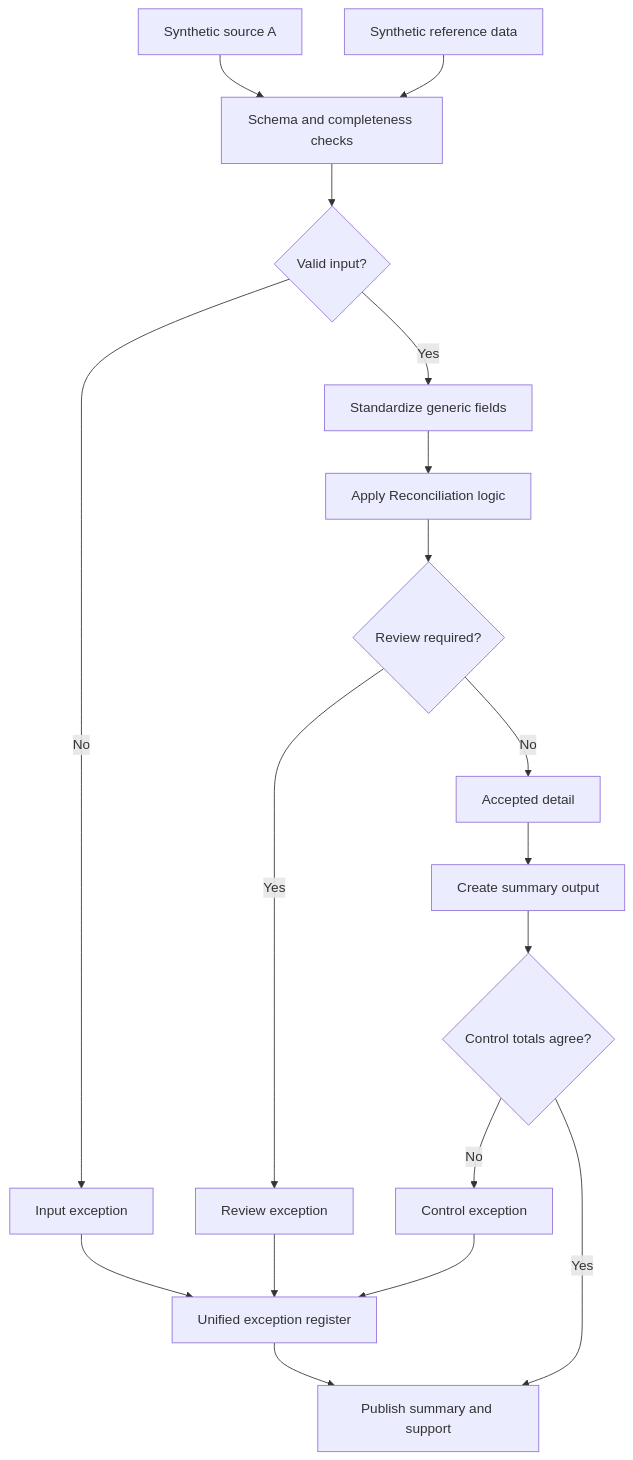
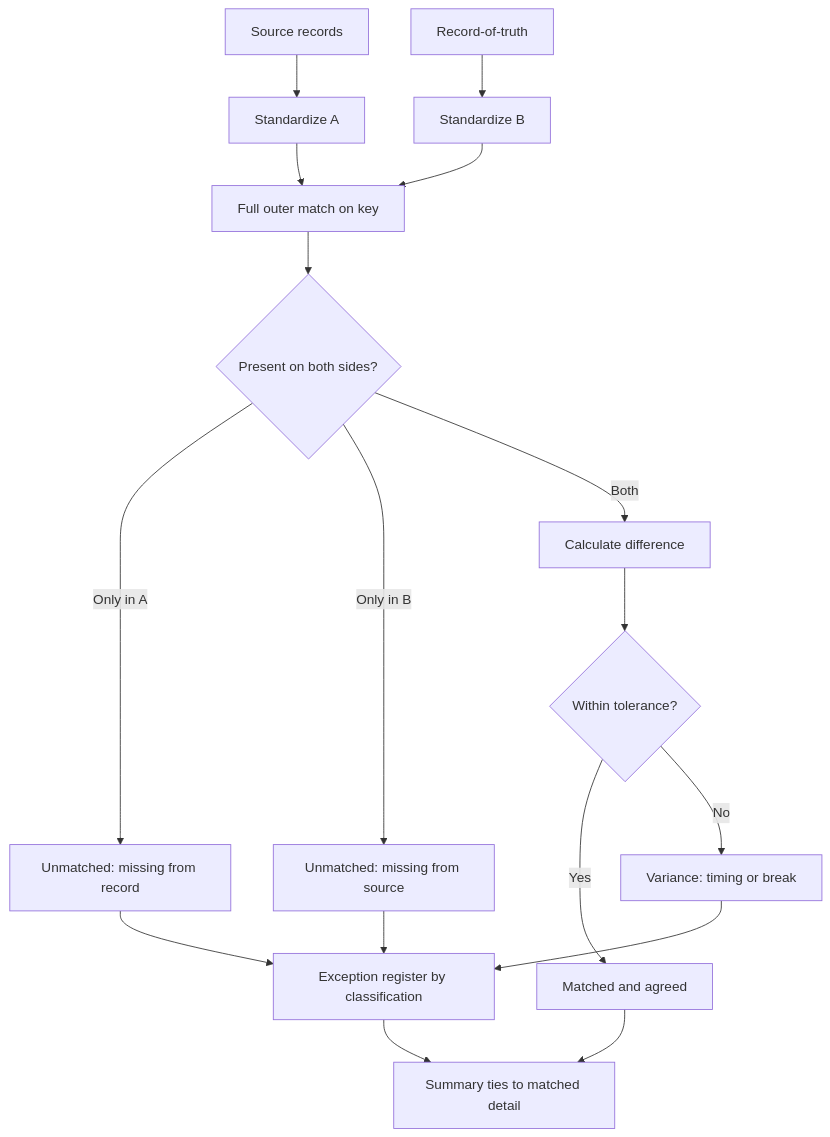
The diagram in case-studies/05-source-to-record-reconciliation/README.md (Erkzucr/automation-analytics-portfolio), drawn with Mermaid before and after one commit. The commit also changed 17 other files, not shown here.

````diff
--- a/case-studies/05-source-to-record-reconciliation/README.md
+++ b/case-studies/05-source-to-record-reconciliation/README.md
@@ -17,20 +17,19 @@
 ```mermaid
 flowchart TB
- A1[Synthetic source A] --> B[Schema and completeness checks]
- A2[Synthetic reference data] --> B
- B --> C{Valid input?}
- C -- No --> X1[Input exception]
- C -- Yes --> D[Standardize generic fields]
- D --> E[Apply Reconciliation logic]
- E --> F{Review required?}
- F -- Yes --> X2[Review exception]
- F -- No --> G[Accepted detail]
- G --> H[Create summary output]
- H --> I{Control totals agree?}
- I -- No --> X3[Control exception]
- I -- Yes --> J[Publish summary and support]
- X1 --> K[Unified exception register]
- X2 --> K
- X3 --> K
- K --> J
+ A[Source records] --> SA[Standardize A]
+ B[Record-of-truth] --> SB[Standardize B]
+ SA --> J[Full outer match on key]
+ SB --> J
+ J --> MA{Present on both sides?}
+ MA -- Only in A --> XA[Unmatched: missing from record]
+ MA -- Only in B --> XB[Unmatched: missing from source]
+ MA -- Both --> DIF[Calculate difference]
+ DIF --> TOL{Within tolerance?}
+ TOL -- Yes --> OK[Matched and agreed]
+ TOL -- No --> BRK[Variance: timing or break]
+ XA --> REG[Exception register by classification]
+ XB --> REG
+ BRK --> REG
+ OK --> SUM[Summary ties to matched detail]
+ REG --> SUM
 ```
````
